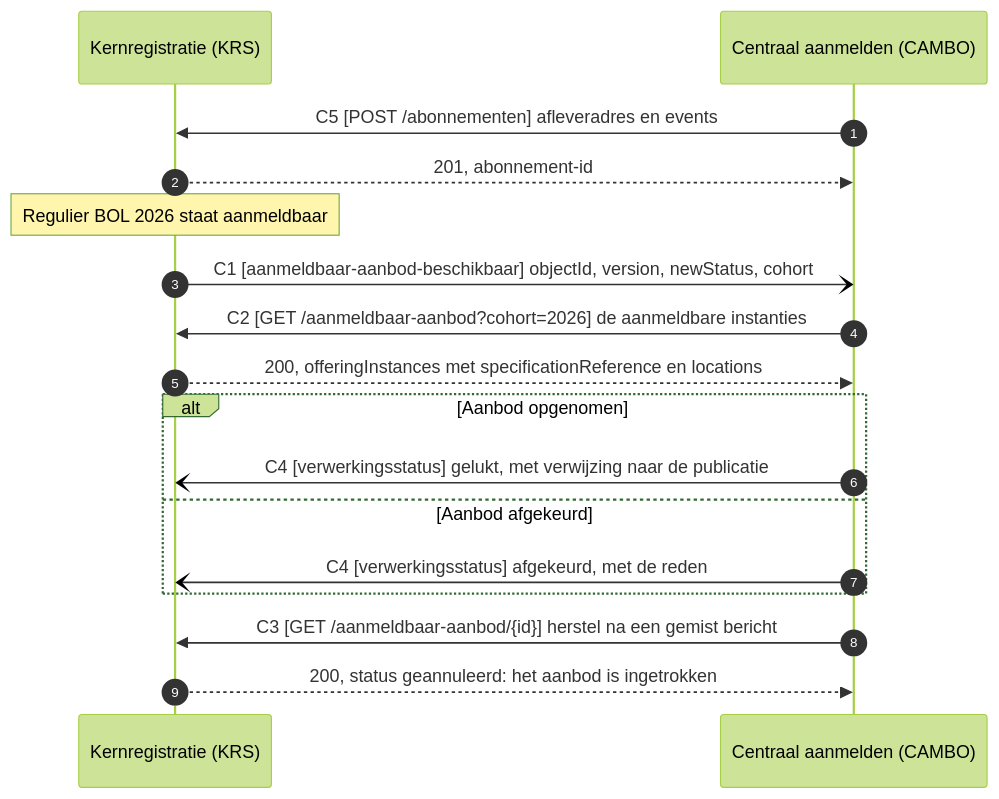
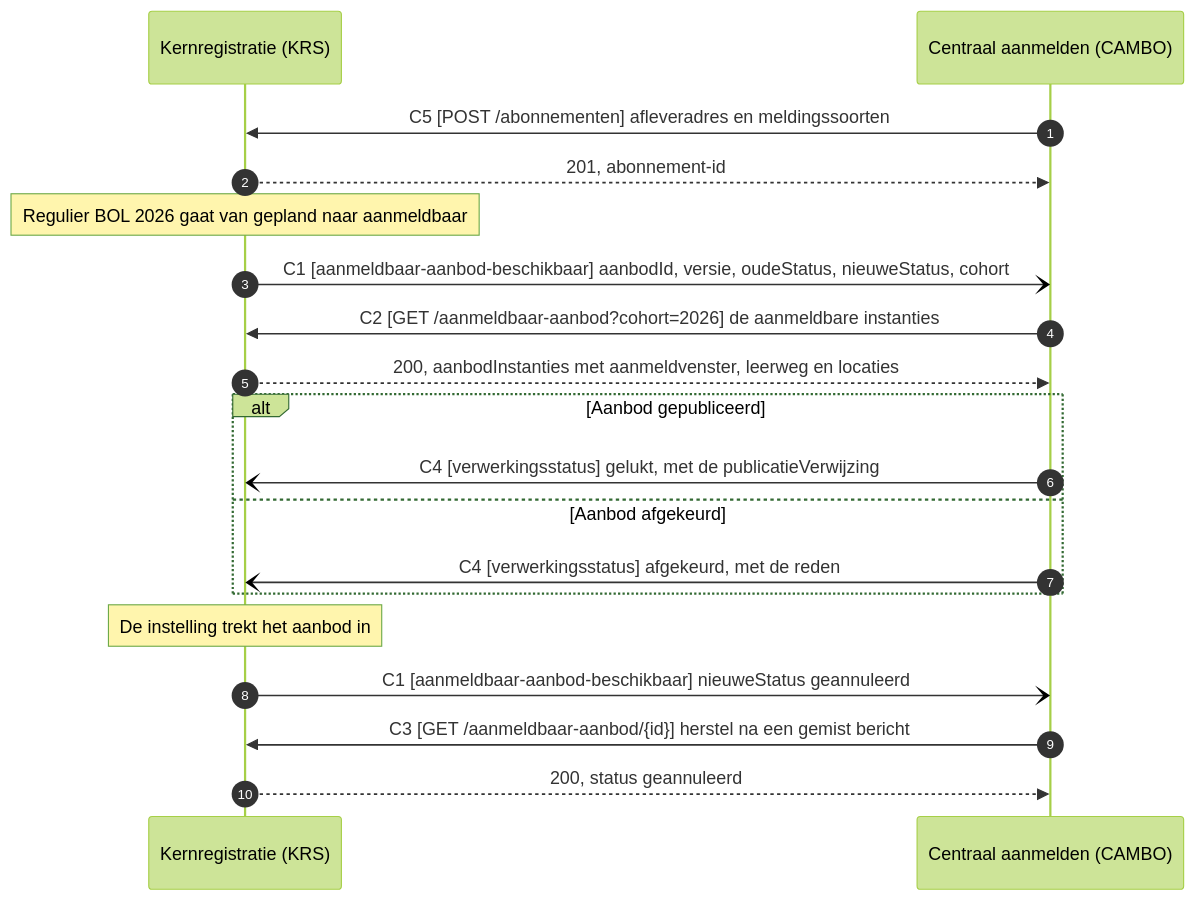
One commit to Npuls-OKx/meta changed the diagram in architecture/docs/specificatie/interactie-onderwijsaanbod/stroom-is-oa-06.md. Above: the diagram before and after it, drawn with Mermaid (forest theme). The commit also changed other lines of this file and 23 other files, not shown here.

````diff
--- a/architecture/docs/specificatie/interactie-onderwijsaanbod/stroom-is-oa-06.md
+++ b/architecture/docs/specificatie/interactie-onderwijsaanbod/stroom-is-oa-06.md
@@ -33,20 +45,22 @@
 ```mermaid
 sequenceDiagram
     autonumber
     participant KRS as Kernregistratie (KRS)
     participant CA as Centraal aanmelden (CAMBO)
 
-    CA->>KRS: C5 [POST /abonnementen] afleveradres en events
+    CA->>KRS: C5 [POST /abonnementen] afleveradres en meldingssoorten
     KRS-->>CA: 201, abonnement-id
-    Note over KRS: Regulier BOL 2026 staat aanmeldbaar
-    KRS-)CA: C1 [aanmeldbaar-aanbod-beschikbaar] objectId, version, newStatus, cohort
+    Note over KRS: Regulier BOL 2026 gaat van gepland naar aanmeldbaar
+    KRS-)CA: C1 [aanmeldbaar-aanbod-beschikbaar] aanbodId, versie, oudeStatus, nieuweStatus, cohort
     CA->>KRS: C2 [GET /aanmeldbaar-aanbod?cohort=2026] de aanmeldbare instanties
-    KRS-->>CA: 200, offeringInstances met specificationReference en locations
-    alt Aanbod opgenomen
-        CA-)KRS: C4 [verwerkingsstatus] gelukt, met verwijzing naar de publicatie
+    KRS-->>CA: 200, aanbodInstanties met aanmeldvenster, leerweg en locaties
+    alt Aanbod gepubliceerd
+        CA-)KRS: C4 [verwerkingsstatus] gelukt, met de publicatieVerwijzing
     else Aanbod afgekeurd
         CA-)KRS: C4 [verwerkingsstatus] afgekeurd, met de reden
     end
+    Note over KRS: De instelling trekt het aanbod in
+    KRS-)CA: C1 [aanmeldbaar-aanbod-beschikbaar] nieuweStatus geannuleerd
     CA->>KRS: C3 [GET /aanmeldbaar-aanbod/{id}] herstel na een gemist bericht
-    KRS-->>CA: 200, status geannuleerd: het aanbod is ingetrokken
+    KRS-->>CA: 200, status geannuleerd
 ```
````
